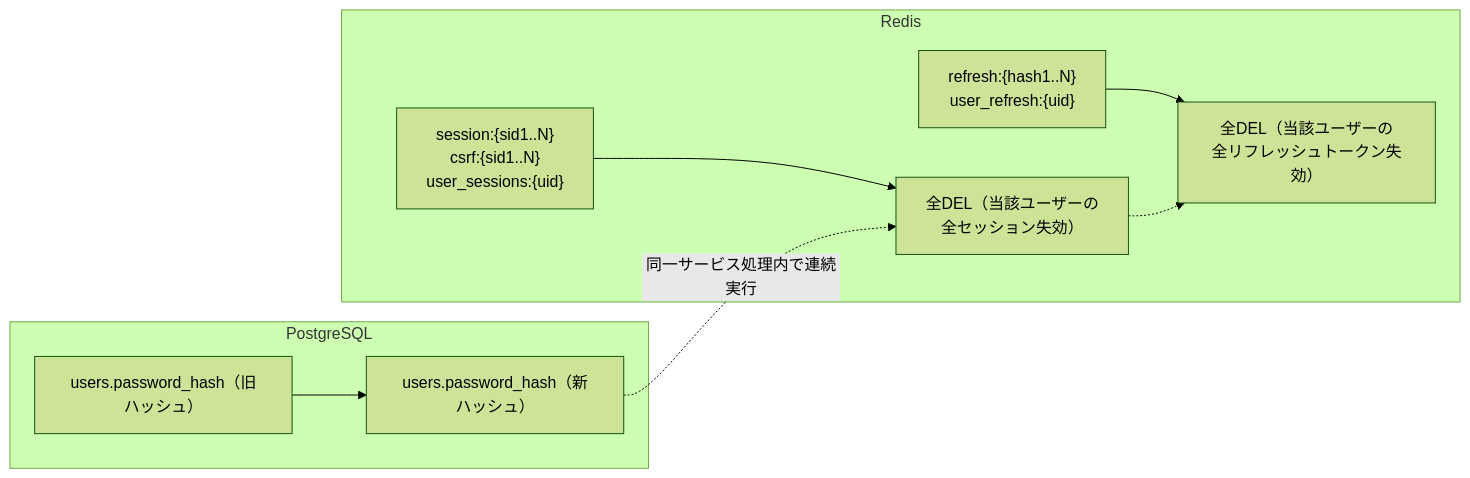
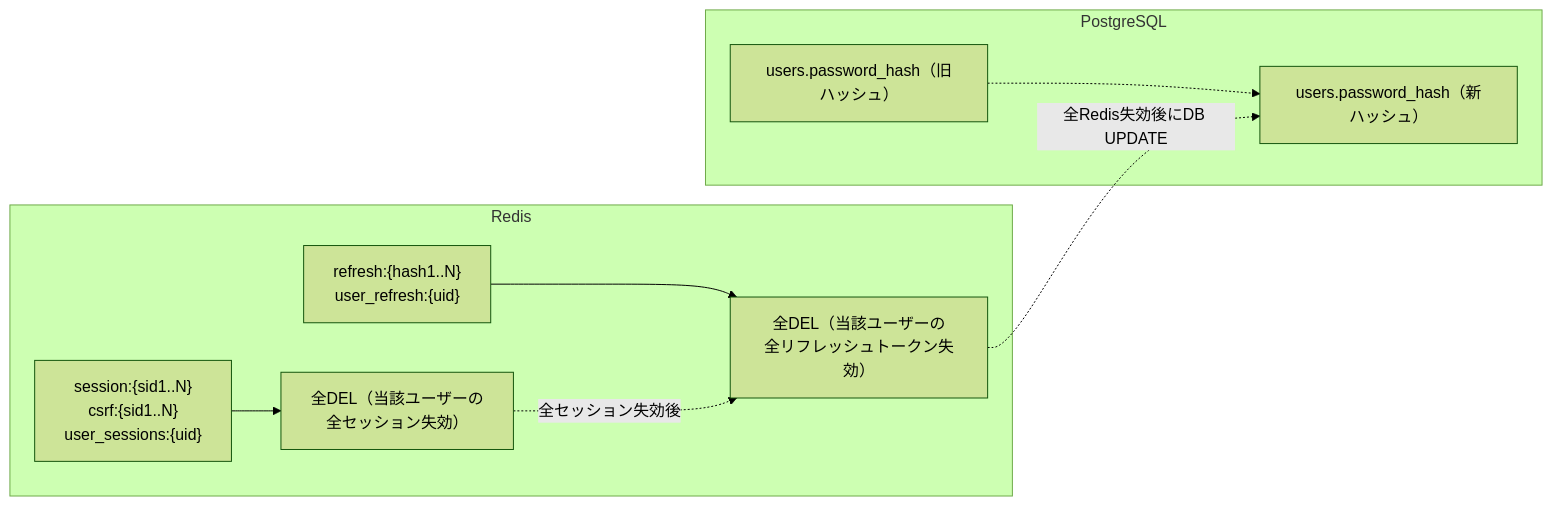
The fourth of 4 diagrams in docs/detailed_design/api/users/03_put_users_me_password.md (oikawa-d/task_management), drawn with Mermaid (forest theme) before and after one commit. The commit also changed other lines of this file and 5 other files, not shown here.

````diff
--- a/docs/detailed_design/api/users/03_put_users_me_password.md
+++ b/docs/detailed_design/api/users/03_put_users_me_password.md
@@ -221,12 +223,12 @@
 ```mermaid
 flowchart LR
     subgraph PG["PostgreSQL"]
-        U1["users.password_hash（旧ハッシュ）"] --> U2["users.password_hash（新ハッシュ）"]
+        U1["users.password_hash（旧ハッシュ）"] -.-> U2["users.password_hash（新ハッシュ）"]
     end
     subgraph RD["Redis"]
         S1["session:{sid1..N}<br/>csrf:{sid1..N}<br/>user_sessions:{uid}"] --> S2["全DEL（当該ユーザーの<br/>全セッション失効）"]
         F1["refresh:{hash1..N}<br/>user_refresh:{uid}"] --> F2["全DEL（当該ユーザーの<br/>全リフレッシュトークン失効）"]
     end
-    U2 -.->|"同一サービス処理内で連続実行"| S2
-    S2 -.-> F2
+    S2 -.->|"全セッション失効後"| F2
+    F2 -.->|"全Redis失効後にDB UPDATE"| U2
 ```
````
